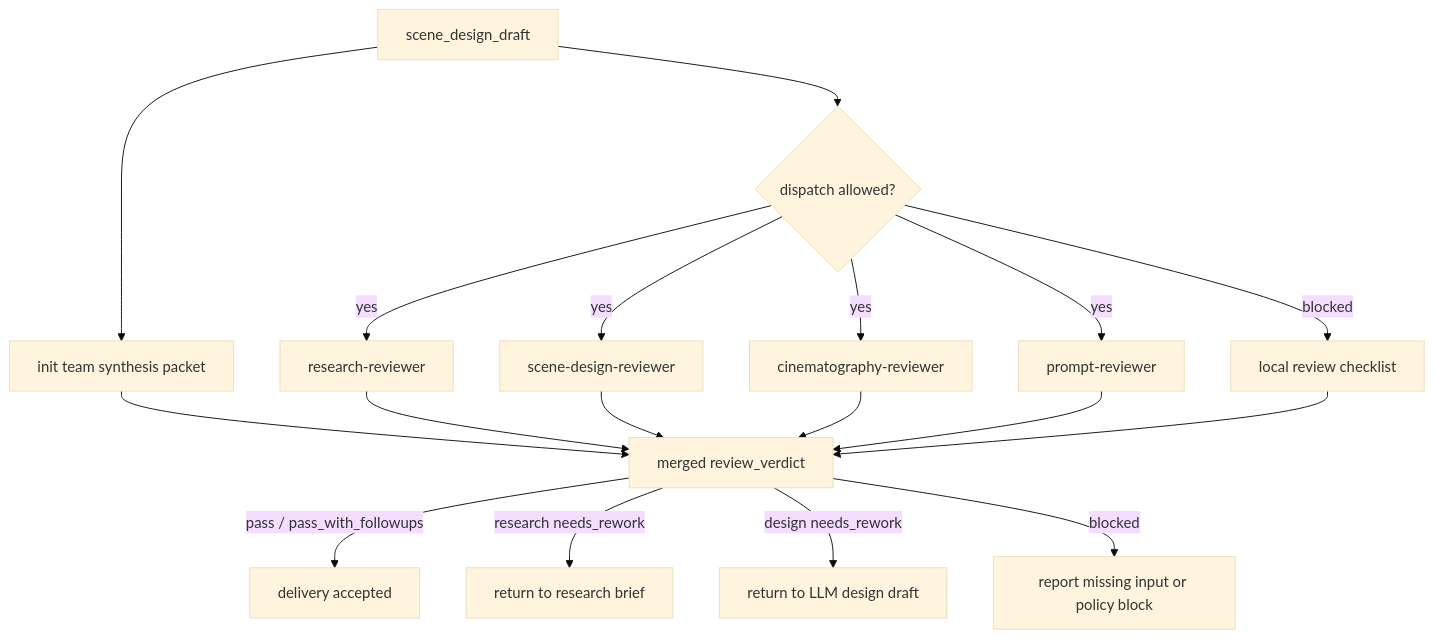
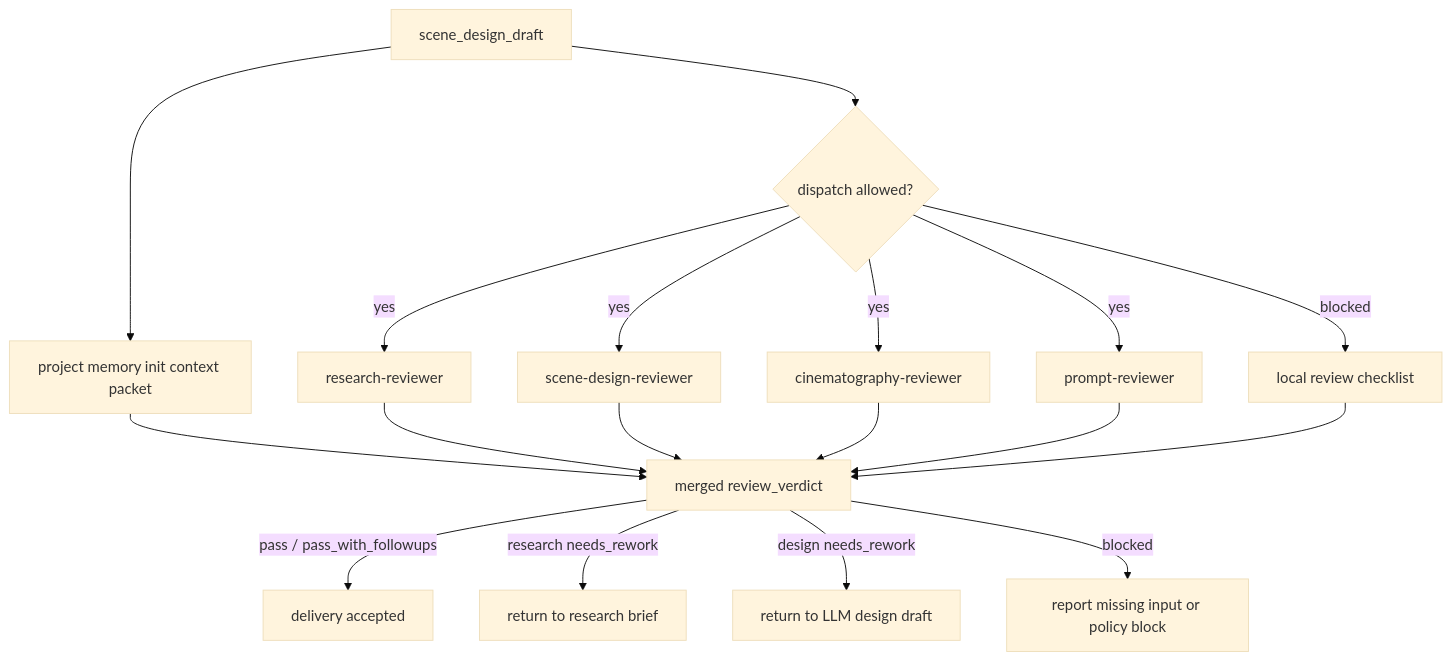
One commit to ZEN-VOID/AI-CUT changed the diagram in .agents/skills/aigc/3-主体/场景/2-设计/review/review-contract.md. Above: the diagram before and after it, drawn with Mermaid (base theme). The commit also changed other lines of this file and 439 other files, not shown here.

````diff
--- a/.agents/skills/aigc/3-主体/场景/2-设计/review/review-contract.md
+++ b/.agents/skills/aigc/3-主体/场景/2-设计/review/review-contract.md
@@ -29,20 +29,20 @@
 ```mermaid
 flowchart TD
     A["scene_design_draft"] --> B{"dispatch allowed?"}
     B -->|"yes"| C["research-reviewer"]
     B -->|"yes"| D["scene-design-reviewer"]
     B -->|"yes"| E["cinematography-reviewer"]
     B -->|"yes"| F["prompt-reviewer"]
     B -->|"blocked"| G["local review checklist"]
-    A --> A1["init team synthesis packet"]
+    A --> A1["project memory init context packet"]
     A1 --> H["merged review_verdict"]
     C --> H["merged review_verdict"]
     D --> H
     E --> H
     F --> H
     G --> H
     H -->|"pass / pass_with_followups"| I["delivery accepted"]
     H -->|"research needs_rework"| J["return to research brief"]
     H -->|"design needs_rework"| L["return to LLM design draft"]
     H -->|"blocked"| K["report missing input or policy block"]
 ```
````
